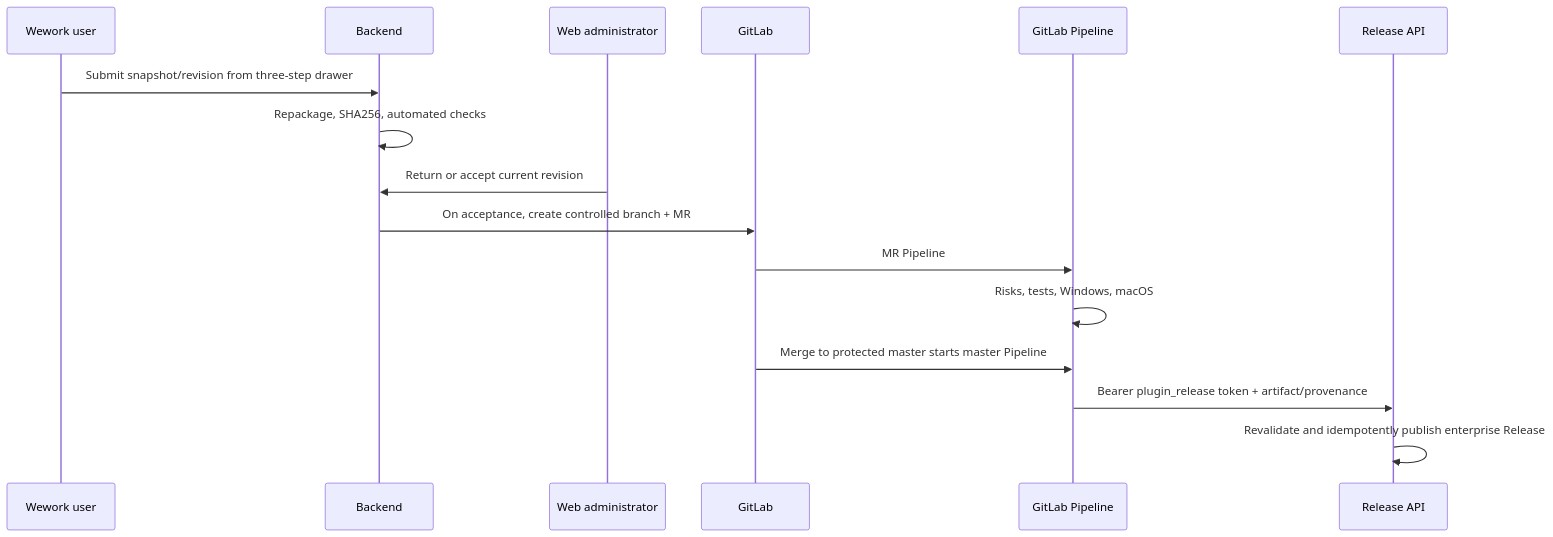
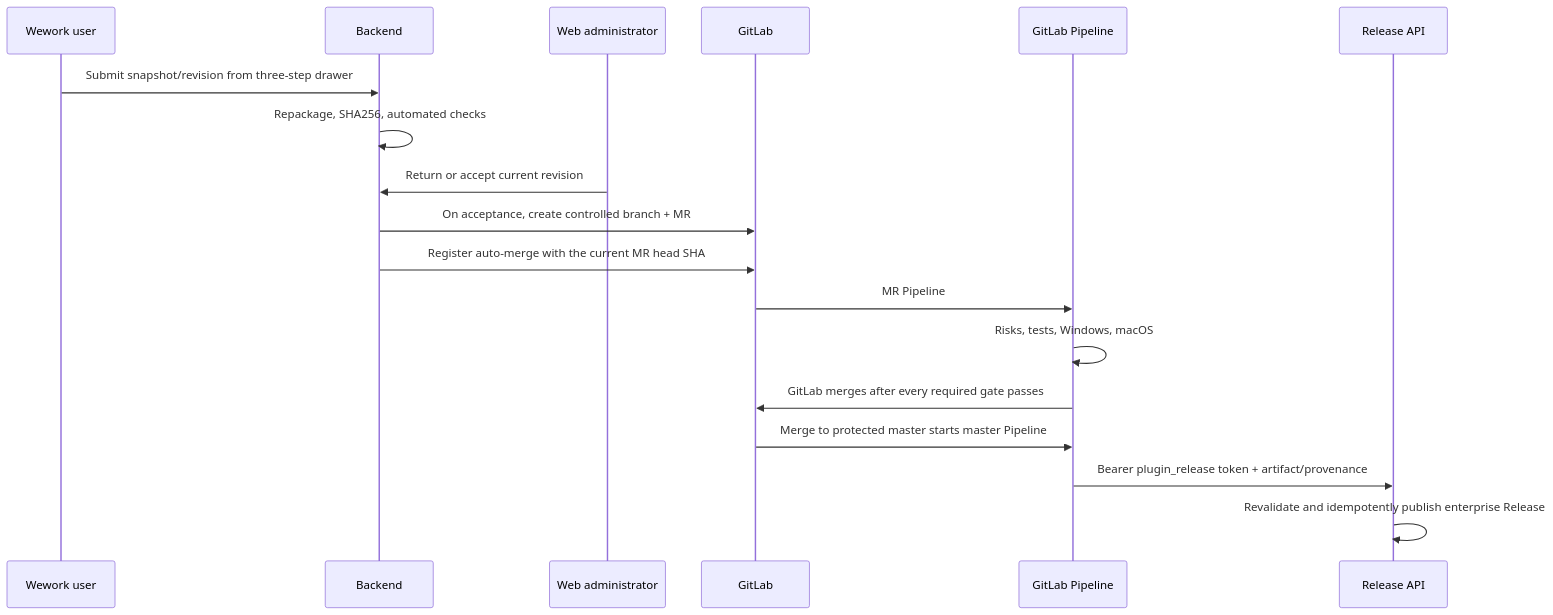
The third of 3 diagrams in docs/en/wework/developer-guide/plugin-marketplace-v2.md (wecode-ai/Wegent), drawn with Mermaid before and after one commit. The commit also changed other lines of this file and 8 other files, not shown here.

Commit message:
feat(plugins): enable publication MR auto-merge

````diff
--- a/docs/en/wework/developer-guide/plugin-marketplace-v2.md
+++ b/docs/en/wework/developer-guide/plugin-marketplace-v2.md
@@ -286,18 +286,20 @@
 ```mermaid
 sequenceDiagram
   participant U as Wework user
   participant API as Backend
   participant A as Web administrator
   participant GL as GitLab
   participant CI as GitLab Pipeline
   participant R as Release API
   U->>API: Submit snapshot/revision from three-step drawer
   API->>API: Repackage, SHA256, automated checks
   A->>API: Return or accept current revision
   API->>GL: On acceptance, create controlled branch + MR
+  API->>GL: Register auto-merge with the current MR head SHA
   GL->>CI: MR Pipeline
   CI->>CI: Risks, tests, Windows, macOS
+  CI->>GL: GitLab merges after every required gate passes
   GL->>CI: Merge to protected master starts master Pipeline
   CI->>R: Bearer plugin_release token + artifact/provenance
   R->>R: Revalidate and idempotently publish enterprise Release
 ```
````
